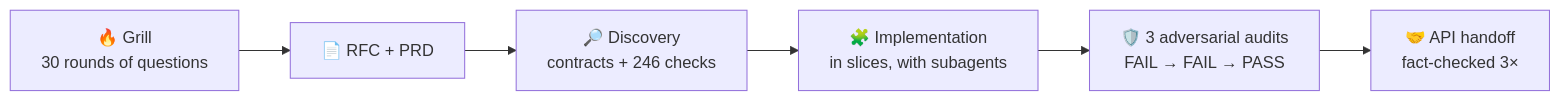
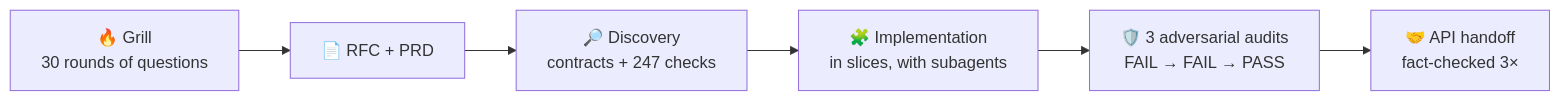
Before and after one commit to micaelcf/parcela-mais-case: the fifth of 6 diagrams in README.en.md, drawn with Mermaid. The commit also changed other lines of this file and 7 other files, not shown here.

````diff
--- a/README.en.md
+++ b/README.en.md
@@ -238,8 +241,8 @@
 ```mermaid
 flowchart LR
     G["🔥 Grill<br/>30 rounds of questions"] --> D["📄 RFC + PRD"]
-    D --> C["🔎 Discovery<br/>contracts + 246 checks"]
+    D --> C["🔎 Discovery<br/>contracts + 247 checks"]
     C --> S["🧩 Implementation<br/>in slices, with subagents"]
     S --> A["🛡️ 3 adversarial audits<br/>FAIL → FAIL → PASS"]
     A --> H["🤝 API handoff<br/>fact-checked 3×"]
 ```
````
